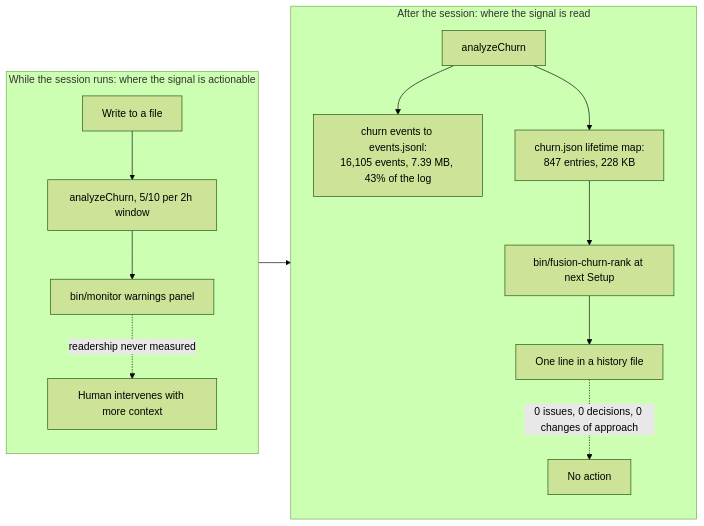
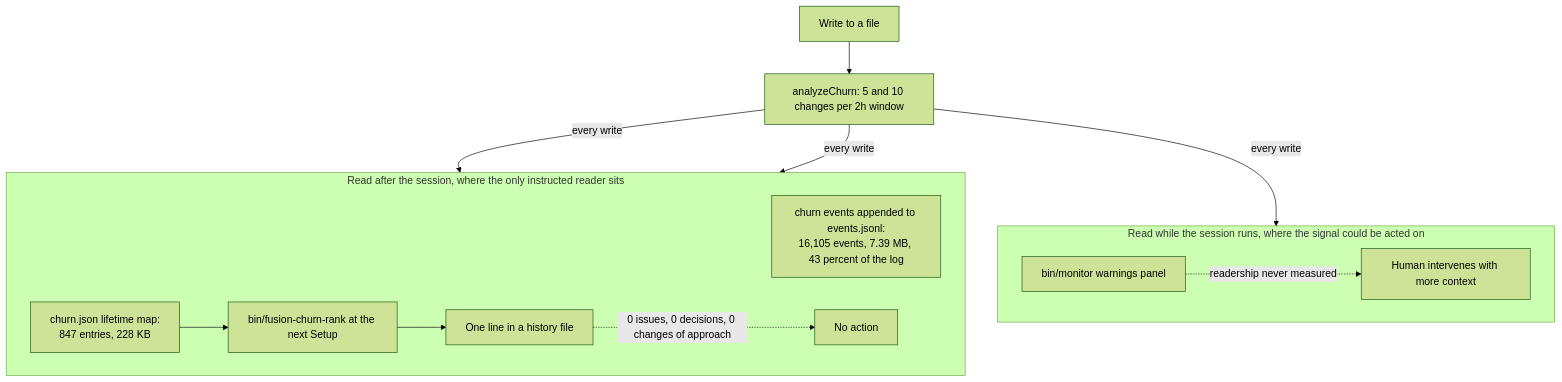
Before and after one commit to tenzoki/fusion: the first of 3 diagrams in fusion-workbench/shared/analyses/260812-0251-four-mechanisms-purpose-bindingness-and-cost.md, drawn with Mermaid (forest theme). The commit also changed other lines of this file and 3 other files, not shown here.

````diff
--- a/fusion-workbench/shared/analyses/260812-0251-four-mechanisms-purpose-bindingness-and-cost.md
+++ b/fusion-workbench/shared/analyses/260812-0251-four-mechanisms-purpose-bindingness-and-cost.md
@@ -147,18 +147,25 @@
 ```mermaid
-flowchart LR
-  subgraph LIVE["While the session runs: where the signal is actionable"]
-    direction TB
-    W["Write to a file"] --> A["analyzeChurn, 5/10 per 2h window"]
-    A --> M["bin/monitor warnings panel"]
-    M -.->|"readership never measured"| H["Human intervenes with more context"]
+flowchart TD
+  W["Write to a file"]
+  A["analyzeChurn: 5 and 10 changes per 2h window"]
+  W --> A
+  subgraph LIVE["Read while the session runs, where the signal could be acted on"]
+    direction LR
+    M["bin/monitor warnings panel"]
+    H["Human intervenes with more context"]
+    M -.->|"readership never measured"| H
   end
-  subgraph AFTER["After the session: where the signal is read"]
-    direction TB
-    A2["analyzeChurn"] --> E["churn events to events.jsonl:<br/>16,105 events, 7.39 MB, 43% of the log"]
-    A2 --> S["churn.json lifetime map:<br/>847 entries, 228 KB"]
-    S --> R["bin/fusion-churn-rank at next Setup"]
-    R --> N["One line in a history file"]
-    N -.->|"0 issues, 0 decisions, 0 changes of approach"| X["No action"]
+  subgraph AFTER["Read after the session, where the only instructed reader sits"]
+    direction LR
+    E["churn events appended to events.jsonl:<br/>16,105 events, 7.39 MB, 43 percent of the log"]
+    S["churn.json lifetime map:<br/>847 entries, 228 KB"]
+    R["bin/fusion-churn-rank at the next Setup"]
+    N["One line in a history file"]
+    X["No action"]
+    S --> R --> N
+    N -.->|"0 issues, 0 decisions, 0 changes of approach"| X
   end
-  A --> A2
+  A -->|"every write"| M
+  A -->|"every write"| E
+  A -->|"every write"| S
 ```
````
